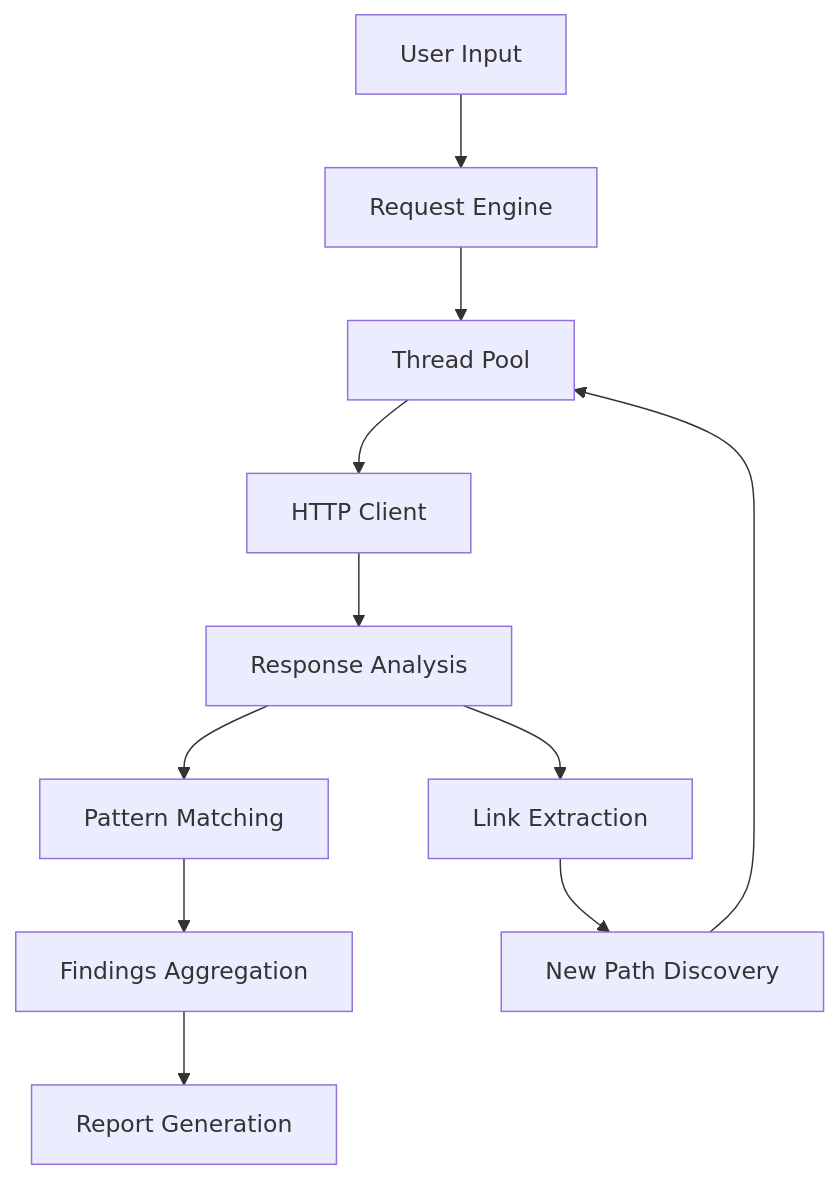
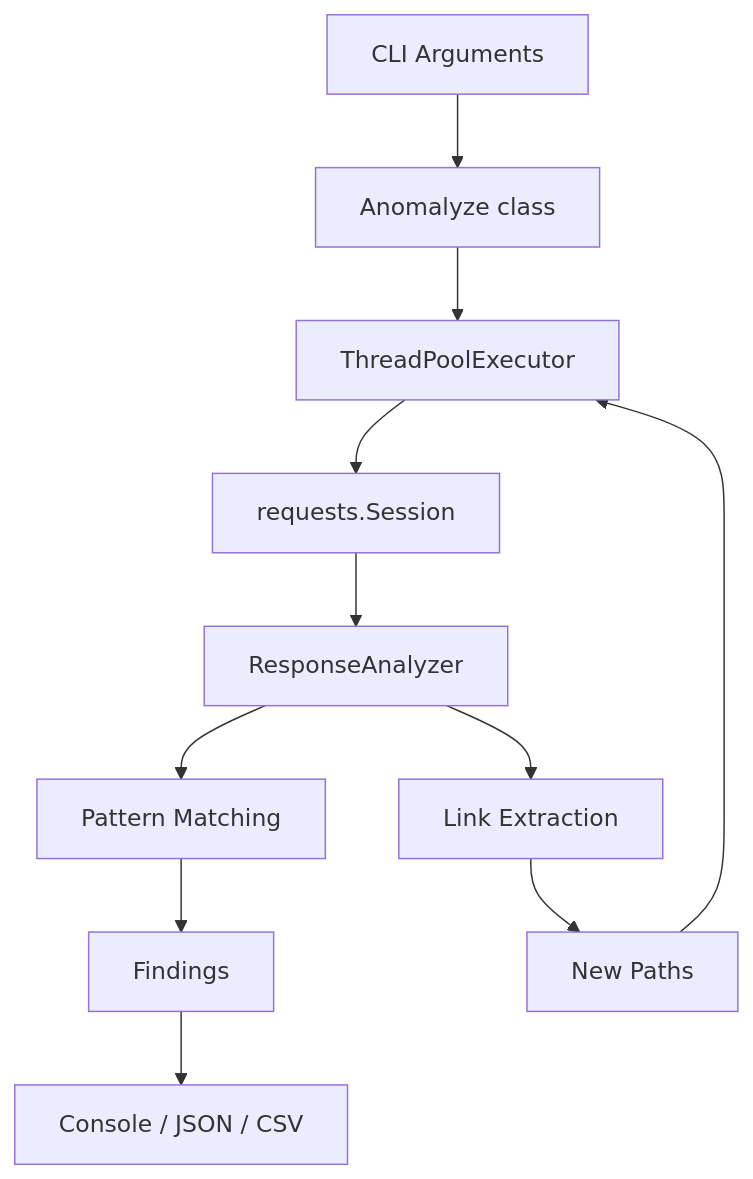
Before and after one commit to xtawb/Anomalyze: the diagram in README.md, drawn with Mermaid. The commit also changed other lines of this file and 23 other files, not shown here.

````diff
--- a/README.md
+++ b/README.md
@@ -202,13 +226,13 @@
 ```mermaid
 graph TD
-    A[User Input] --> B[Request Engine]
-    B --> C[Thread Pool]
-    C --> D[HTTP Client]
-    D --> E[Response Analysis]
+    A[CLI Arguments] --> B[Anomalyze class]
+    B --> C[ThreadPoolExecutor]
+    C --> D[requests.Session]
+    D --> E[ResponseAnalyzer]
     E --> F[Pattern Matching]
     E --> G[Link Extraction]
-    F --> H[Findings Aggregation]
-    G --> I[New Path Discovery]
-    H --> J[Report Generation]
+    F --> H[Findings]
+    G --> I[New Paths]
     I --> C
+    H --> J[Console / JSON / CSV]
 ```
````
